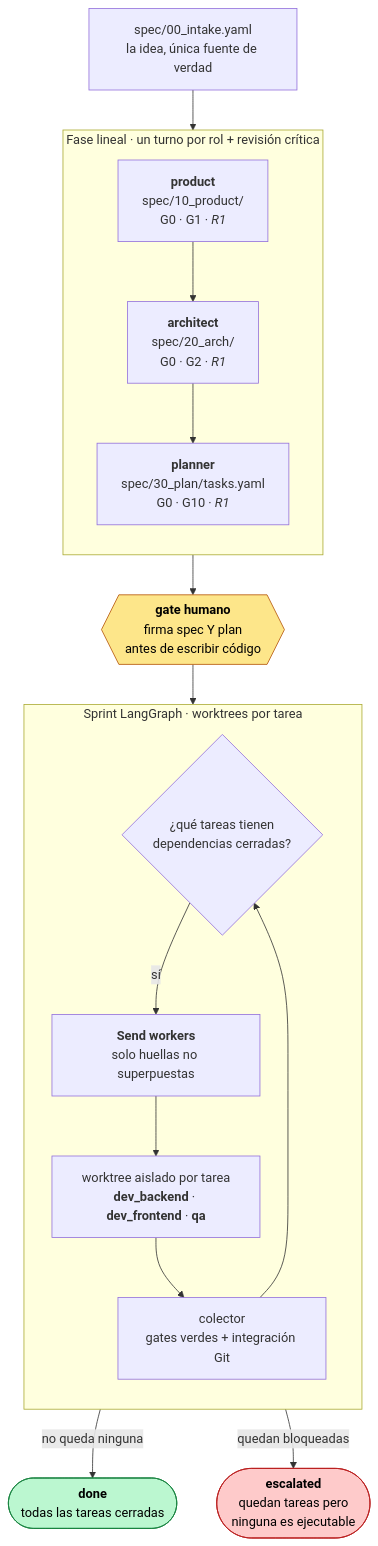
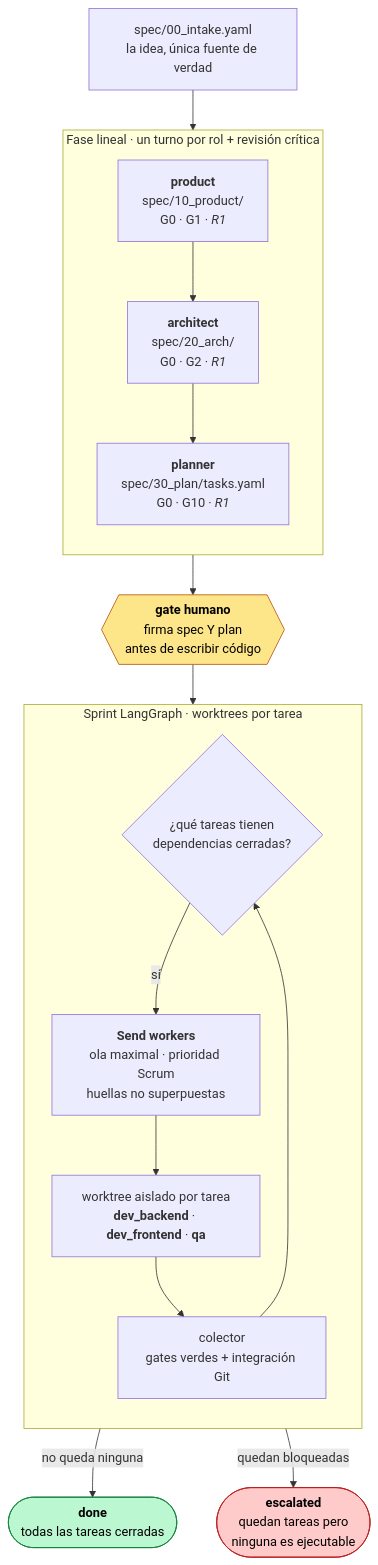
Before and after one commit to mimarumo25/AutoScrum-IA: the first of 7 diagrams in FLUJO.md, drawn with Mermaid. The commit also changed other lines of this file and 24 other files, not shown here.

````diff
--- a/FLUJO.md
+++ b/FLUJO.md
@@ -13,35 +13,35 @@
 ```mermaid
 flowchart TD
     idea["spec/00_intake.yaml<br/>la idea, única fuente de verdad"]
 
     subgraph LINEAL ["Fase lineal · un turno por rol + revisión crítica"]
         direction TB
         P["<b>product</b><br/>spec/10_product/<br/>G0 · G1 · <i>R1</i>"]
         A["<b>architect</b><br/>spec/20_arch/<br/>G0 · G2 · <i>R1</i>"]
         PL["<b>planner</b><br/>spec/30_plan/tasks.yaml<br/>G0 · G10 · <i>R1</i>"]
         P --> A --> PL
     end
 
     H{{"<b>gate humano</b><br/>firma spec Y plan<br/>antes de escribir código"}}
 
     subgraph BUCLE ["Sprint LangGraph · worktrees por tarea"]
         direction TB
         SEL{"¿qué tareas tienen<br/>dependencias cerradas?"}
-        SEND["<b>Send workers</b><br/>solo huellas no superpuestas"]
+        SEND["<b>Send workers</b><br/>ola maximal · prioridad Scrum<br/>huellas no superpuestas"]
         EXE["worktree aislado por tarea<br/><b>dev_backend</b> · <b>dev_frontend</b> · <b>qa</b>"]
         COL["colector<br/>gates verdes + integración Git"]
         SEL -->|sí| SEND --> EXE --> COL --> SEL
     end
 
     OK(["<b>done</b><br/>todas las tareas cerradas"])
     ESC(["<b>escalated</b><br/>quedan tareas pero<br/>ninguna es ejecutable"])
 
     idea --> P
     PL --> H --> SEL
     SEL -->|"no queda ninguna"| OK
     SEL -->|"quedan bloqueadas"| ESC
 
     style H fill:#fde68a,stroke:#b45309,color:#000
     style OK fill:#bbf7d0,stroke:#15803d,color:#000
     style ESC fill:#fecaca,stroke:#b91c1c,color:#000
 ```
````
